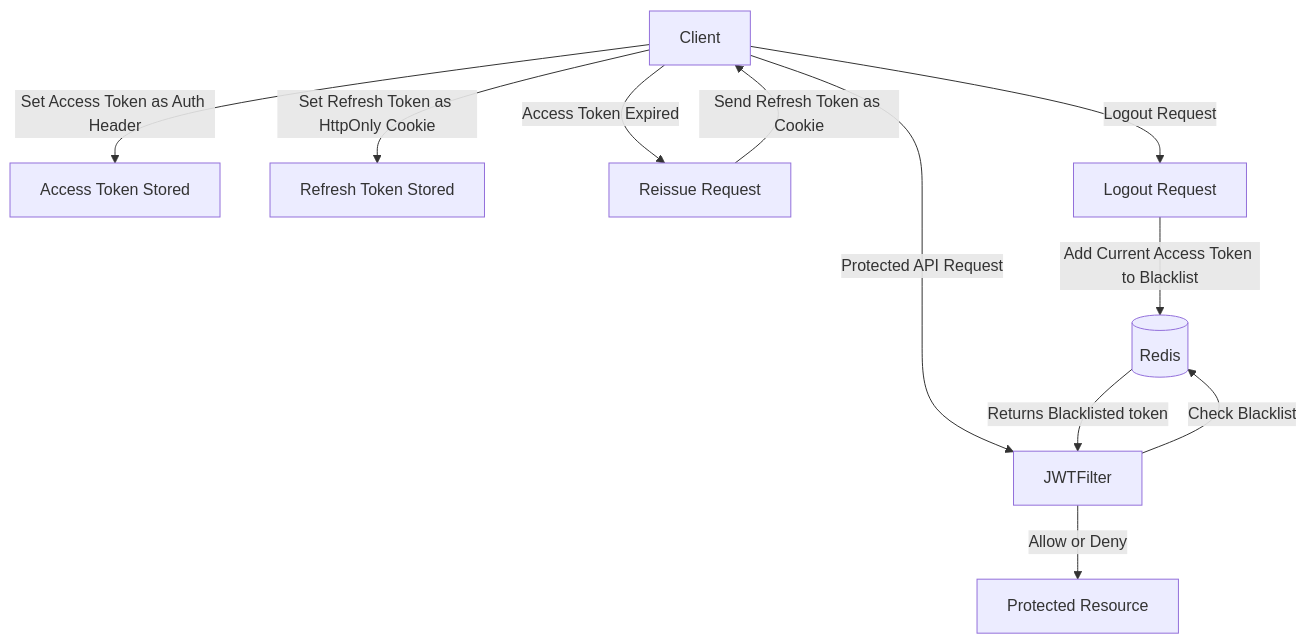
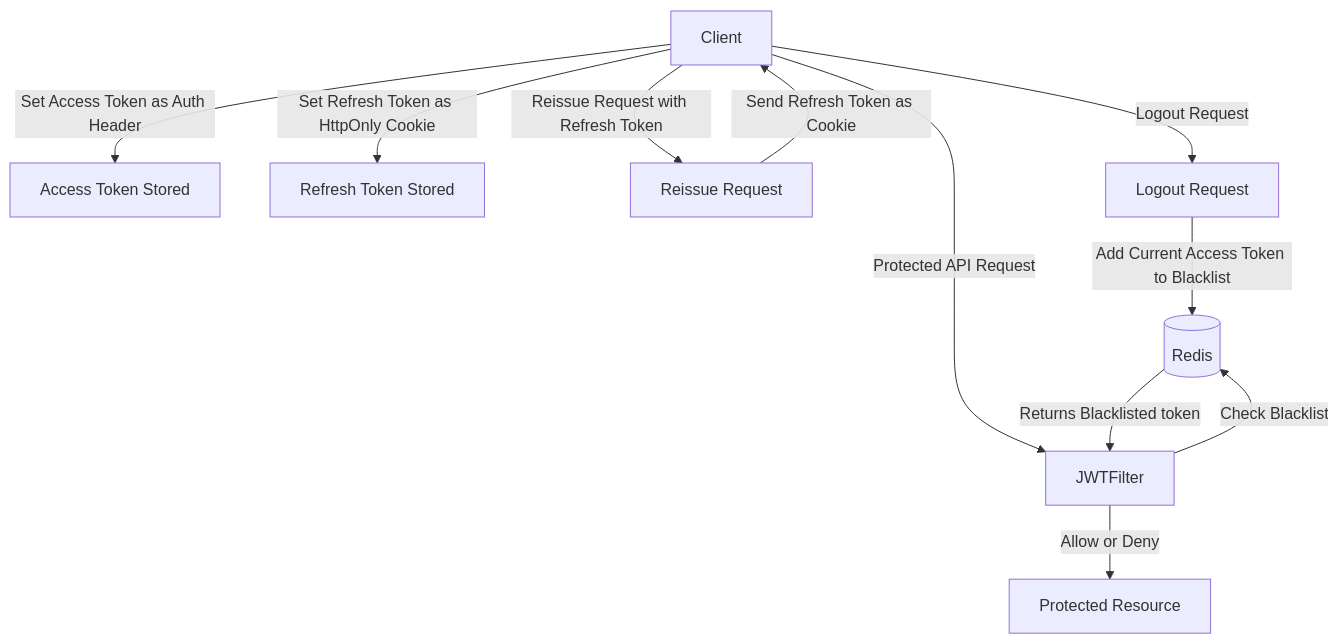
One commit to yelm-212/spring-jwt-login-logout changed the third of 3 diagrams in README.md. Above: the diagram before and after it, drawn with Mermaid.

Commit message:
docs: Edited graph

````diff
--- a/README.md
+++ b/README.md
@@ -42,22 +42,22 @@
 ```mermaid
 graph TD
    A[Client]
 
    A -->|Set Access Token as Auth Header| T1[Access Token Stored]
    A -->|Set Refresh Token as HttpOnly Cookie| T2[Refresh Token Stored]
 
-   A -->|Access Token Expired| H[Reissue Request]
+   A -->|Reissue Request with Refresh Token| H[Reissue Request]
    H -->|Send Refresh Token as Cookie| A
 
    K -->|Add Current Access Token to Blacklist| J
    A -->|Logout Request| K[Logout Request]
 
    A -->|Protected API Request| F[JWTFilter]
    F -->|Check Blacklist| J[(Redis)]
    J -->|Returns Blacklisted token| F
    F -->|Allow or Deny| G[Protected Resource]
 
 
 
 
 ```
````
